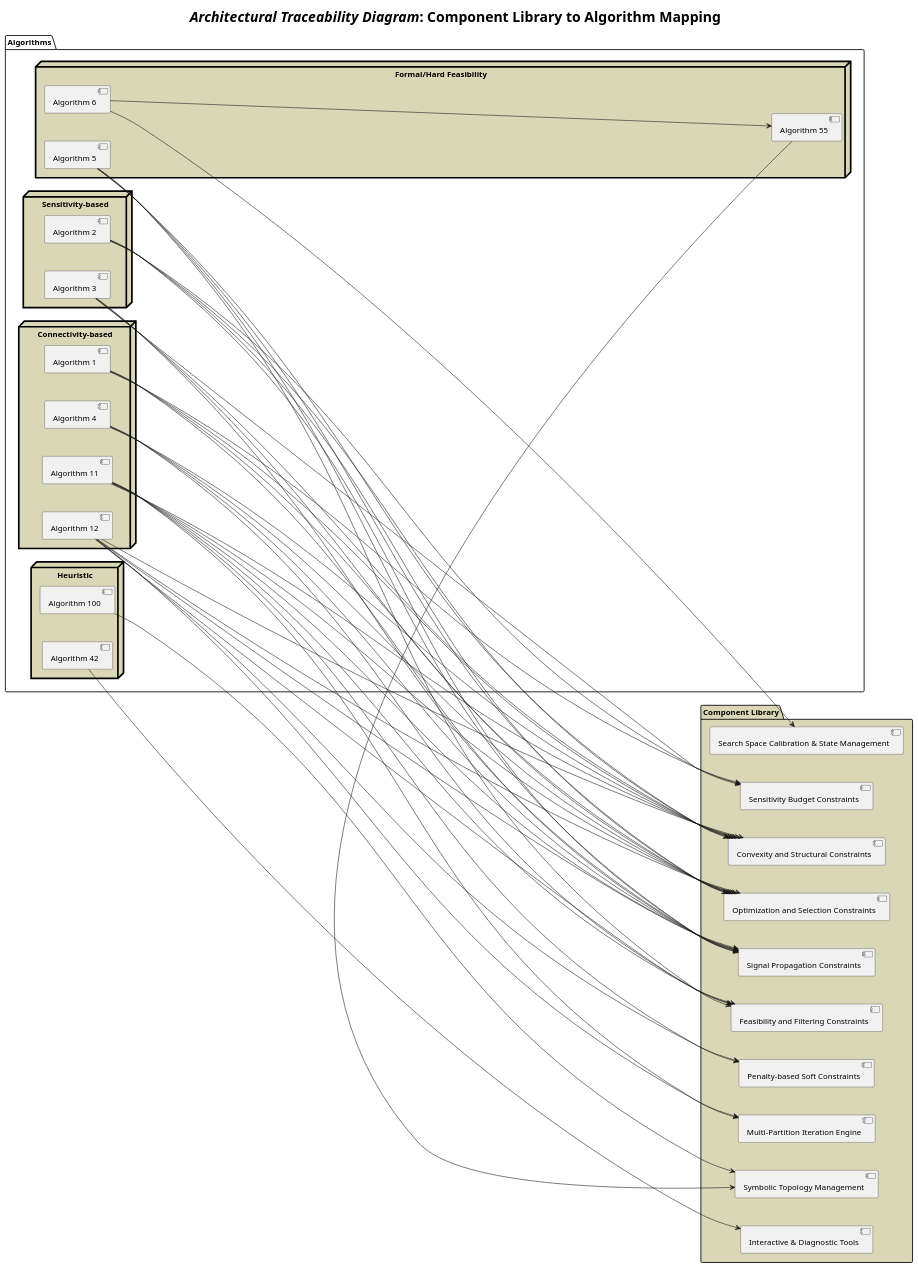
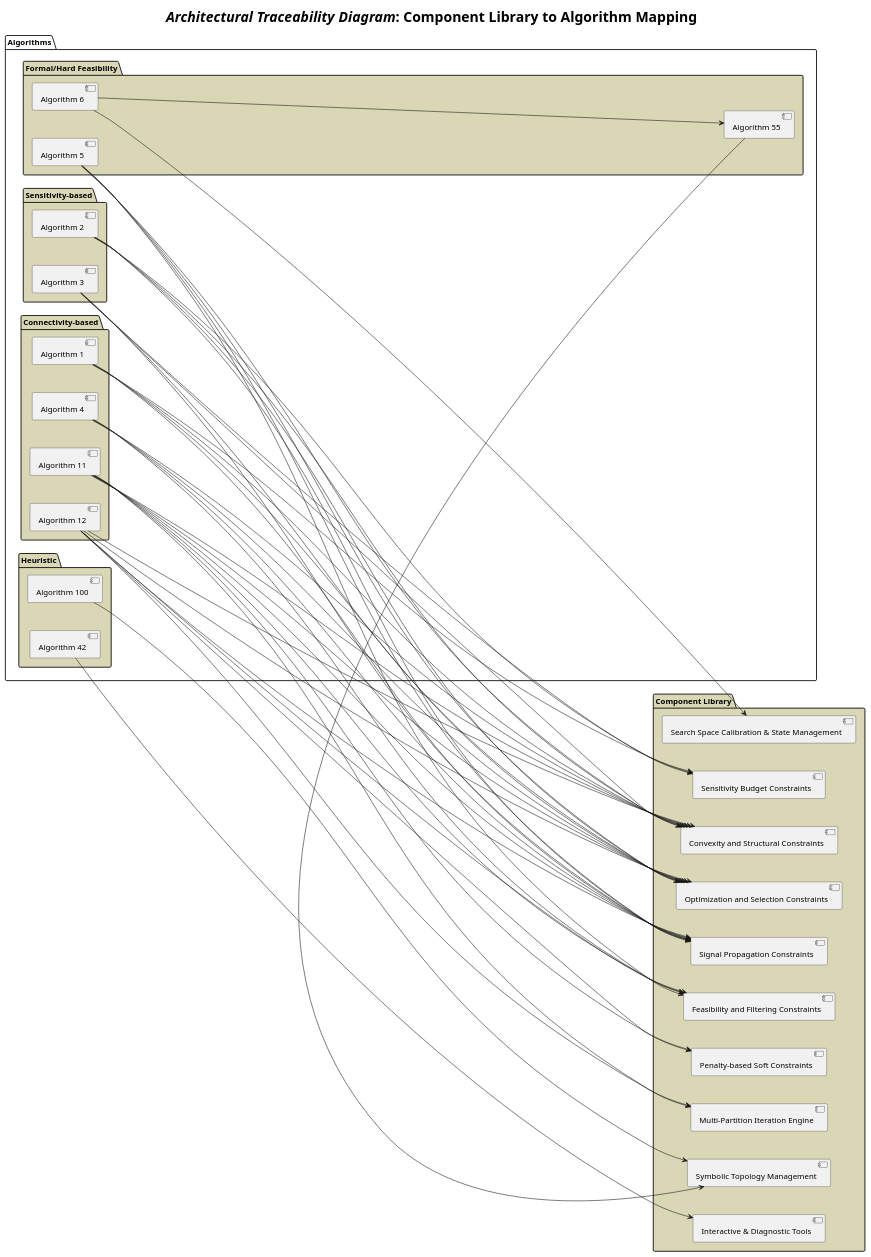
Before and after one commit to LP-RG/subxpat: the diagram in sxpat/architecture_map.puml, drawn with PlantUML.

Commit message:
#202: Replace 'node' with 'package' for algorithm grouping to clarify aggregation

```diff
--- a/sxpat/architecture_map.puml
+++ b/sxpat/architecture_map.puml
@@ -1,114 +1,114 @@
 @startuml
 skinparam componentStyle uml2
 left to right direction
 
 skinparam nodesep 50
 skinparam Ranksep 1000
 skinparam titleFontSize 25
 
 <style>
 node {
     LineColor black
     LineThickness 3.0
     BackgroundColor #D9D7B6
 }
 </style>
 
 title 
     <i>Architectural Traceability Diagram</i>: Component Library to Algorithm Mapping
 end title
 
 package "Component Library" #D9D7B6 {
     [Signal Propagation Constraints] as SP
     [Convexity and Structural Constraints] as CS
     [Optimization and Selection Constraints] as OS
     [Sensitivity Budget Constraints] as SB
     [Feasibility and Filtering Constraints] as FF
     [Penalty-based Soft Constraints] as PS
     [Multi-Partition Iteration Engine] as MPE
     [Search Space Calibration & State Management] as SSCSM
     [Symbolic Topology Management] as STM
     [Interactive & Diagnostic Tools] as IDT
 }
 
 package "Algorithms" {
-    node "Connectivity-based" {
+    package "Connectivity-based" #D9D7B6{
         [Algorithm 1] as A1
         [Algorithm 4] as A4
         [Algorithm 11] as A11
         [Algorithm 12] as A12
     }
-    node "Sensitivity-based" {
+    package "Sensitivity-based" #D9D7B6{
         [Algorithm 2] as A2
         [Algorithm 3] as A3
     }
-    node "Formal/Hard Feasibility" {
+    package "Formal/Hard Feasibility" #D9D7B6{
         [Algorithm 5] as A5
         [Algorithm 6] as A6
         [Algorithm 55] as A55
     }
-    node "Heuristic" {
+    package "Heuristic" #D9D7B6{
         [Algorithm 42] as A42
         [Algorithm 100] as A100
     }
 }
 
 ' (Mapping)
 ' mapping dependencies for 'Signal Propagation Constraints'
 A1 --> SP
 A2 --> SP
 A3 --> SP
 A4 --> SP
 A5 --> SP
 A11 --> SP
 A12 --> SP
 
 ' mapping dependencies for 'Convexity and Structural Constraints'
 A1 --> CS
 A2 --> CS
 A3 --> CS
 A4 --> CS
 A5 --> CS
 A11 --> CS
 A12 --> CS
 
 ' mapping dependencies for 'Optimization and Selection Constraints'
 A1 --> OS
 A2 --> OS
 A3 --> OS
 A4 --> OS
 A5 --> OS
 A11 --> OS
 A12 --> OS
 
 ' mapping dependencies for 'Sensitivity Budget Constraints'
 A1 --> SB
 A2 --> SB
 A3 --> SB
 
 ' mapping dependencies for 'Feasibility and Filtering Constraints'
 A4 --> FF
 A5 --> FF
 A11 --> FF
 A12 --> FF
 
 ' mapping dependencies for 'Penalty-based Soft Constraints'
 A11 --> PS
 A12 --> PS
 
 ' mapping dependencies for 'Multi-Partition Iteration Engine'
 A11 --> MPE
 A12 --> MPE
 
 ' mapping dependencies for 'Search Space Calibration & State Management'
 A6 --> SSCSM
 
 ' mapping dependencies for 'Symbolic Topology Management'
 A55 --> STM
 A100 --> STM
 A6 --> A55
 
 ' mapping dependencies for 'Interactive & Diagnostic Tools'
 A42 --> IDT
 
 @enduml
```
